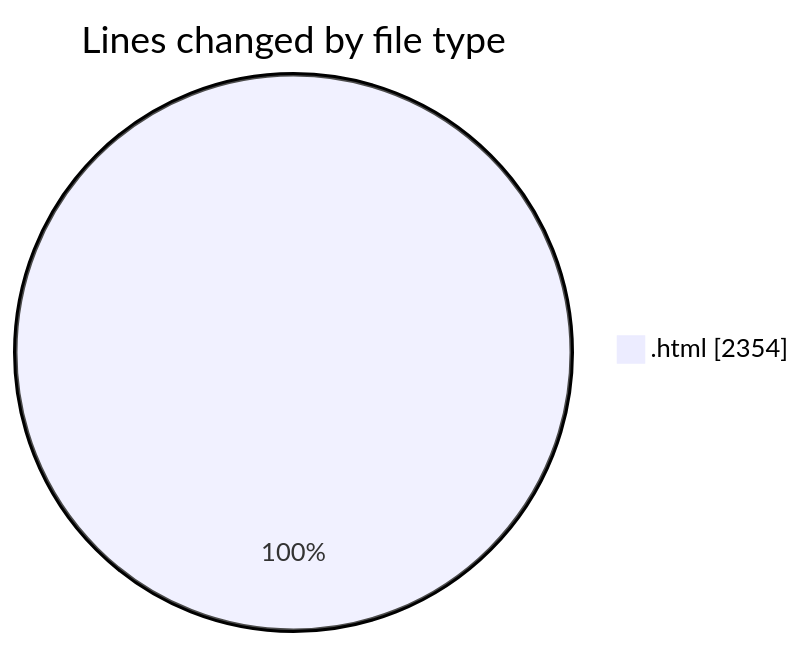
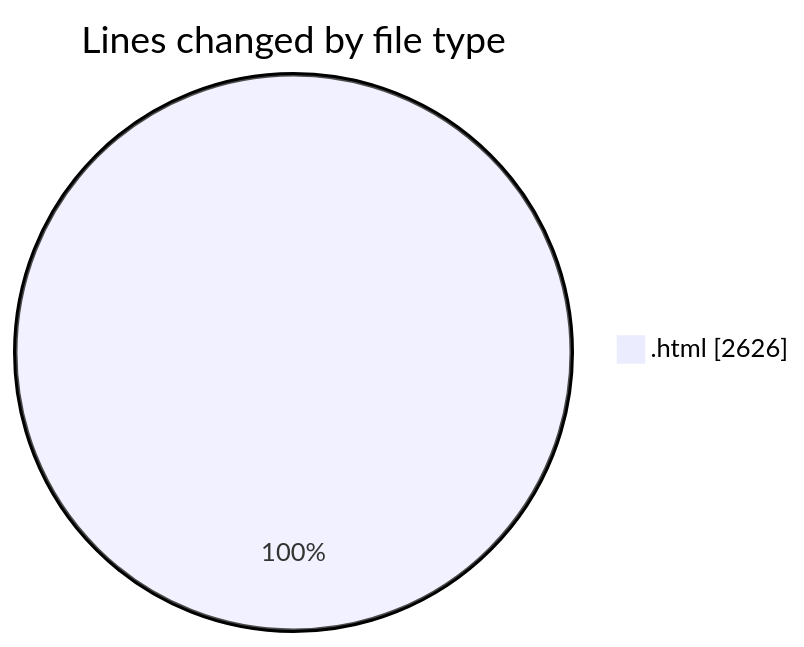
One commit to LanceThiago/code-tracking changed the first of 2 diagrams in 2025-04-28/enre_-_calculadora_de_consumo_v_2022_files/README.md. Above: the diagram before and after it, drawn with Mermaid. The commit also changed other lines of this file and 1 other file, not shown here.

````diff
--- a/2025-04-28/enre_-_calculadora_de_consumo_v_2022_files/README.md
+++ b/2025-04-28/enre_-_calculadora_de_consumo_v_2022_files/README.md
@@ -20,5 +20,5 @@
 ```mermaid
 pie showData
 title Lines changed by file type
-".html" : 2354
+".html" : 2626
 ```
````
